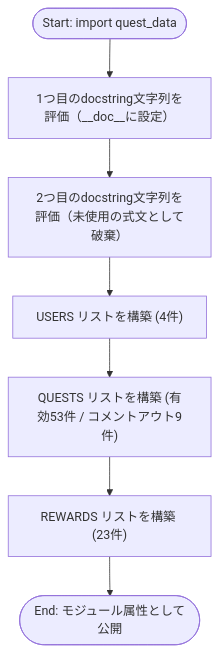
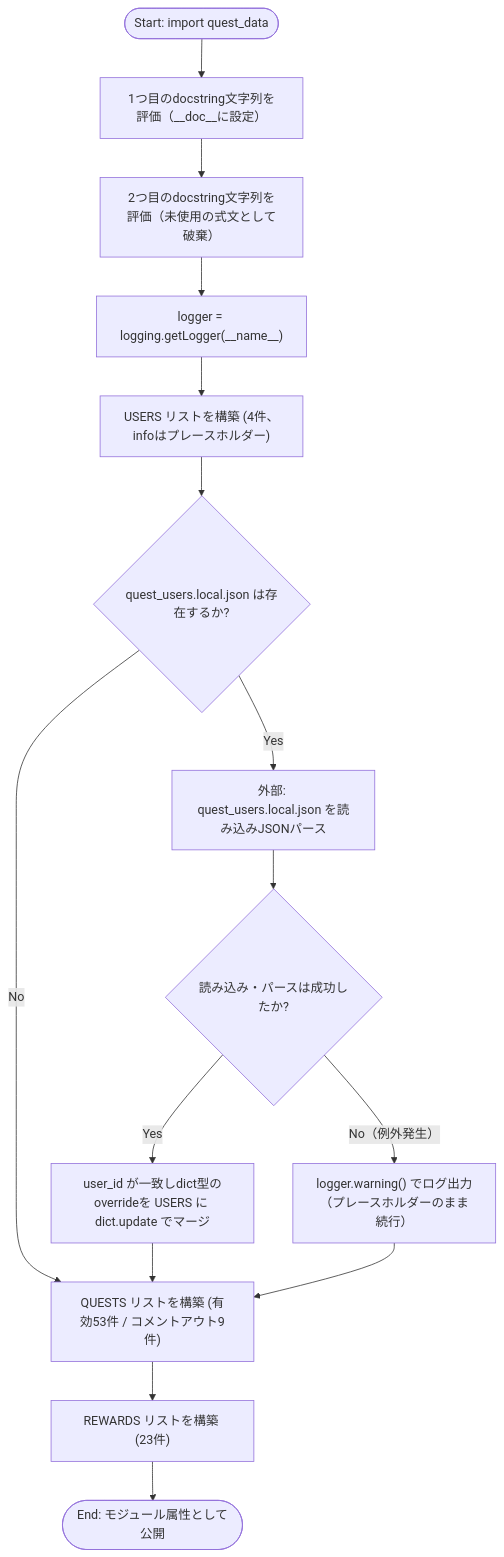
Before and after one commit to mmtigers/my_python_project: the first of 2 diagrams in docs/specifications/MY_HOME_SYSTEM/quest_data.md, drawn with Mermaid. The commit also changed other lines of this file, not shown here.

Commit message:
docs(MY_HOME_SYSTEM): quest_data.mdの継続仕上げ差分を反映(棚卸しE1)

````diff
--- a/docs/specifications/MY_HOME_SYSTEM/quest_data.md
+++ b/docs/specifications/MY_HOME_SYSTEM/quest_data.md
@@ -191,9 +191,17 @@
 ```mermaid
 flowchart TD
     Start(["Start: import quest_data"]) --> Doc1["1つ目のdocstring文字列を評価（__doc__に設定）"]
     Doc1 --> Doc2["2つ目のdocstring文字列を評価（未使用の式文として破棄）"]
-    Doc2 --> BuildUsers["USERS リストを構築 (4件)"]
-    BuildUsers --> BuildQuests["QUESTS リストを構築 (有効53件 / コメントアウト9件)"]
+    Doc2 --> InitLogger["logger = logging.getLogger(__name__)"]
+    InitLogger --> BuildUsers["USERS リストを構築 (4件、infoはプレースホルダー)"]
+    BuildUsers --> CheckLocal{"quest_users.local.json は存在するか?"}
+    CheckLocal -- No --> BuildQuests["QUESTS リストを構築 (有効53件 / コメントアウト9件)"]
+    CheckLocal -- Yes --> LoadLocal["外部: quest_users.local.json を読み込みJSONパース"]
+    LoadLocal --> MergeCheck{"読み込み・パースは成功したか?"}
+    MergeCheck -- Yes --> MergeUsers["user_id が一致しdict型のoverrideを USERS に dict.update でマージ"]
+    MergeCheck -- No（例外発生） --> LogWarn["logger.warning() でログ出力（プレースホルダーのまま続行）"]
+    MergeUsers --> BuildQuests
+    LogWarn --> BuildQuests
     BuildQuests --> BuildRewards["REWARDS リストを構築 (23件)"]
     BuildRewards --> End(["End: モジュール属性として公開"])
 ```
````
